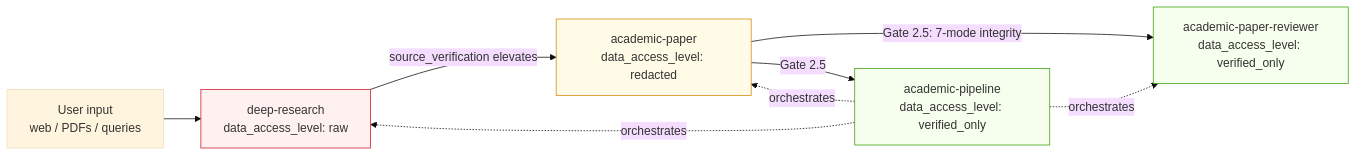
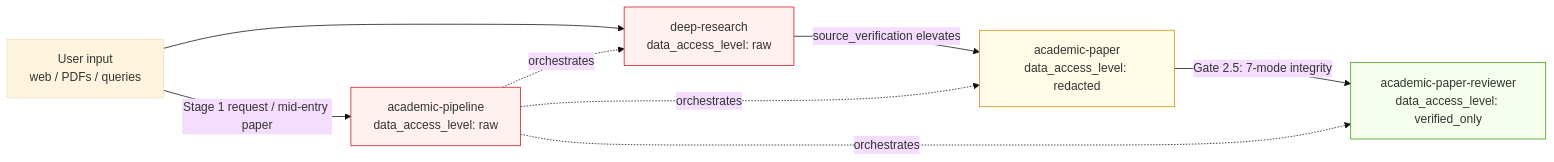
Before and after one commit to Imbad0202/academic-research-skills-codex: the second of 5 diagrams in skills/academic-research-suite/ars/docs/ARCHITECTURE.md, drawn with Mermaid (base theme). The commit also changed other lines of this file and 415 other files, not shown here.

````diff
--- a/skills/academic-research-suite/ars/docs/ARCHITECTURE.md
+++ b/skills/academic-research-suite/ars/docs/ARCHITECTURE.md
@@ -115,23 +116,23 @@
 ```mermaid
 flowchart LR
     User[User input<br/>web / PDFs / queries]
     Raw[deep-research<br/>data_access_level: raw]
     Red[academic-paper<br/>data_access_level: redacted]
     Ver1[academic-paper-reviewer<br/>data_access_level: verified_only]
-    Ver2[academic-pipeline<br/>data_access_level: verified_only]
+    Orch[academic-pipeline<br/>data_access_level: raw]
 
     User --> Raw
+    User -- Stage 1 request / mid-entry paper --> Orch
     Raw -- source_verification elevates --> Red
     Red -- Gate 2.5: 7-mode integrity --> Ver1
-    Red -- Gate 2.5 --> Ver2
-    Ver2 -. orchestrates .-> Raw
-    Ver2 -. orchestrates .-> Red
-    Ver2 -. orchestrates .-> Ver1
+    Orch -. orchestrates .-> Raw
+    Orch -. orchestrates .-> Red
+    Orch -. orchestrates .-> Ver1
 
     classDef raw fill:#fff1f0,stroke:#cf1322
     classDef red fill:#fffbe6,stroke:#d48806
     classDef ver fill:#f6ffed,stroke:#389e0d
-    class Raw raw
+    class Raw,Orch raw
     class Red red
-    class Ver1,Ver2 ver
+    class Ver1 ver
 ```
````
